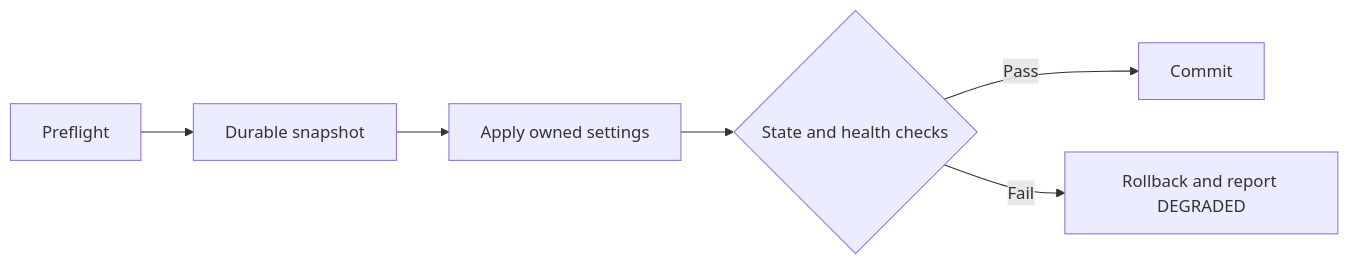
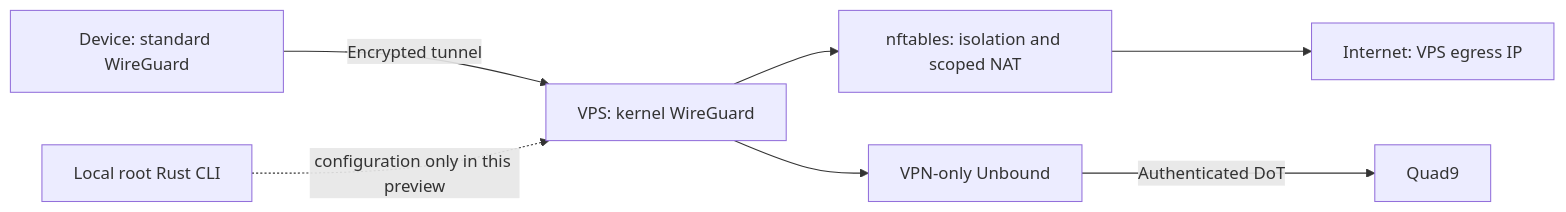
The diagram in README.md (shadow-alpha01/shadowborn), drawn with Mermaid before and after one commit. The commit also changed other lines of this file and 63 other files, not shown here.

````diff
--- a/README.md
+++ b/README.md
@@ -497,8 +63,9 @@
 ```mermaid
 flowchart LR
-    A[Preflight] --> B[Durable snapshot]
-    B --> C[Apply owned settings]
-    C --> D{State and health checks}
-    D -->|Pass| E[Commit]
-    D -->|Fail| F[Rollback and report DEGRADED]
+    D[Device: standard WireGuard] -->|Encrypted tunnel| W[VPS: kernel WireGuard]
+    W --> F[nftables: isolation and scoped NAT]
+    F --> I[Internet: VPS egress IP]
+    W --> U[VPN-only Unbound]
+    U -->|Authenticated DoT| Q[Quad9]
+    C[Local root Rust CLI] -. configuration only in this preview .-> W
 ```
````
